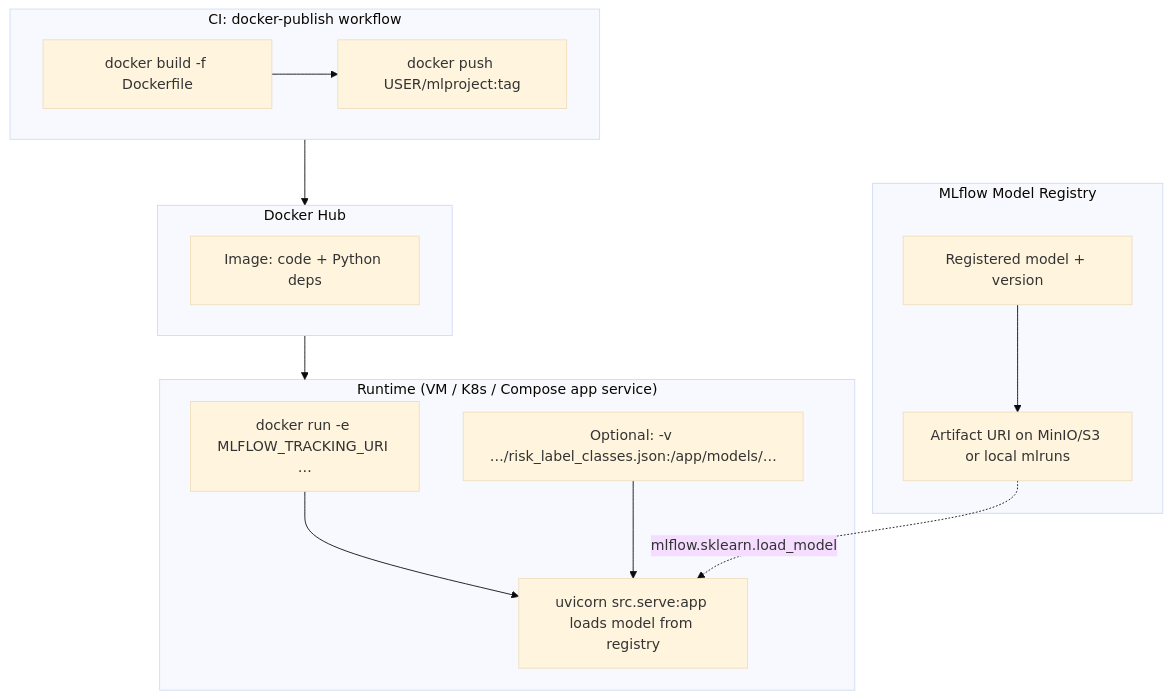
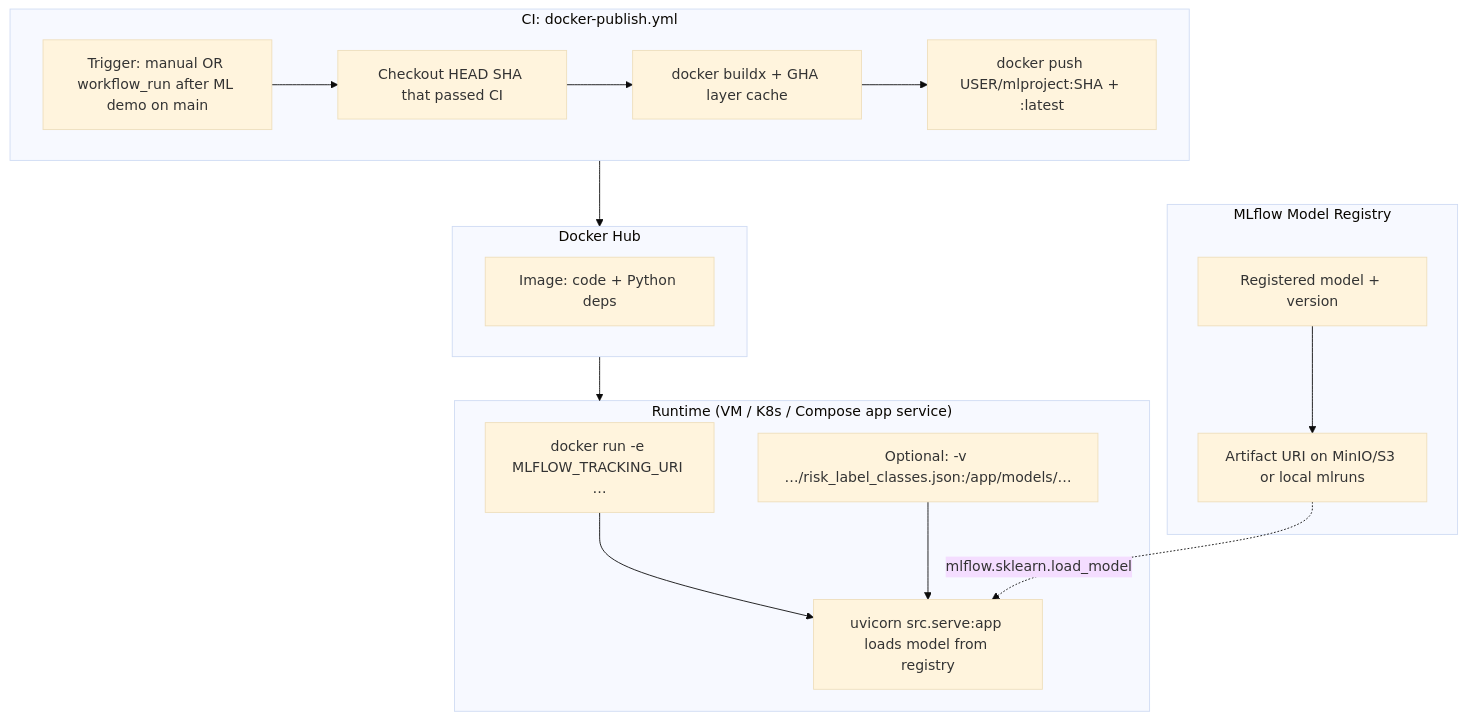
Before and after one commit to devopsdymyr/sensitive-mlops-pipeline: the eighth of 9 diagrams in docs/ARCHITECTURE_AND_CI.md, drawn with Mermaid (base theme). The commit also changed other lines of this file and 13 other files, not shown here.

````diff
--- a/docs/ARCHITECTURE_AND_CI.md
+++ b/docs/ARCHITECTURE_AND_CI.md
@@ -146,30 +280,32 @@
 ```mermaid
 flowchart TD
   subgraph registry["MLflow Model Registry"]
     R1["Registered model + version"]
     R2["Artifact URI on MinIO/S3 or local mlruns"]
     R1 --> R2
   end
 
-  subgraph image_build["CI: docker-publish workflow"]
-    B1["docker build -f Dockerfile"]
-    B2["docker push USER/mlproject:tag"]
-    B1 --> B2
+  subgraph image_build["CI: docker-publish.yml"]
+    T1["Trigger: manual OR workflow_run after ML demo on main"]
+    B0["Checkout HEAD SHA that passed CI"]
+    B1["docker buildx + GHA layer cache"]
+    B2["docker push USER/mlproject:SHA + :latest"]
+    T1 --> B0 --> B1 --> B2
   end
 
   subgraph hub["Docker Hub"]
     H1["Image: code + Python deps"]
   end
 
   subgraph run["Runtime (VM / K8s / Compose app service)"]
     U1["docker run -e MLFLOW_TRACKING_URI …"]
     U2["Optional: -v …/risk_label_classes.json:/app/models/…"]
     U3["uvicorn src.serve:app loads model from registry"]
     U1 --> U3
     U2 --> U3
   end
 
   R2 -.->|"mlflow.sklearn.load_model"| U3
   image_build --> hub
   hub --> run
 ```
````
